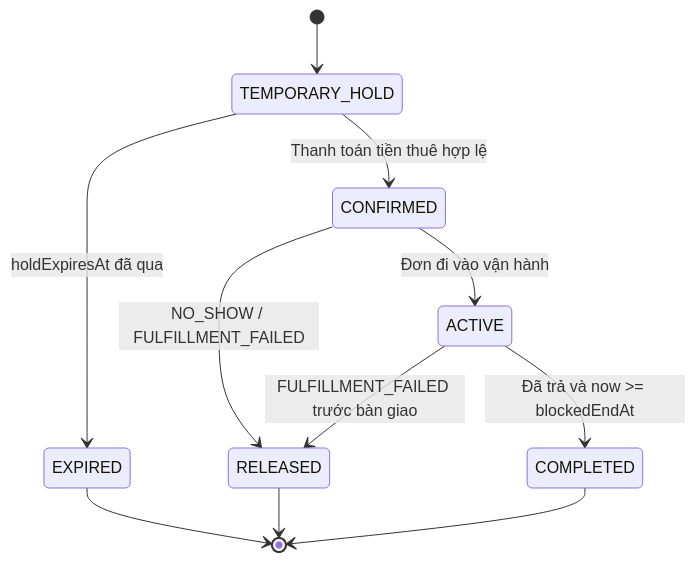
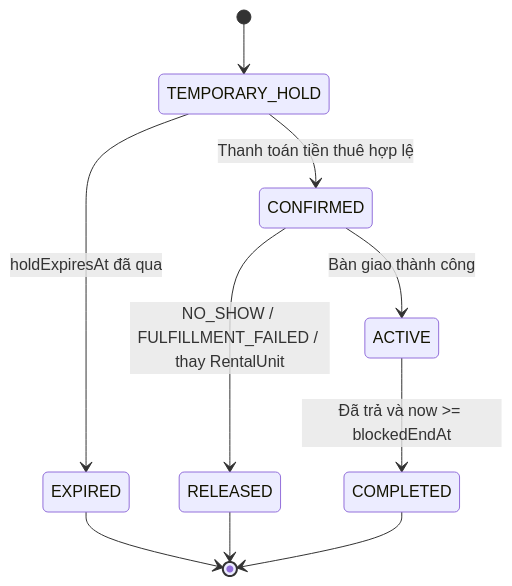
Before and after one commit to ndd-uit/D-Shop: the second of 3 diagrams in docs/business-analysis/05-domain-model/state-models.md, drawn with Mermaid. The commit also changed other lines of this file and 7 other files, not shown here.

Commit message:
docs: align BA diagrams with rental lifecycle

````diff
--- a/docs/business-analysis/05-domain-model/state-models.md
+++ b/docs/business-analysis/05-domain-model/state-models.md
@@ -44,14 +43,13 @@
 ```mermaid
 stateDiagram-v2
     [*] --> TEMPORARY_HOLD
     TEMPORARY_HOLD --> CONFIRMED : Thanh toán tiền thuê hợp lệ
     TEMPORARY_HOLD --> EXPIRED : holdExpiresAt đã qua
-    CONFIRMED --> ACTIVE : Đơn đi vào vận hành
-    CONFIRMED --> RELEASED : NO_SHOW / FULFILLMENT_FAILED
-    ACTIVE --> RELEASED : FULFILLMENT_FAILED trước bàn giao
+    CONFIRMED --> ACTIVE : Bàn giao thành công
+    CONFIRMED --> RELEASED : NO_SHOW / FULFILLMENT_FAILED / thay RentalUnit
     ACTIVE --> COMPLETED : Đã trả và now >= blockedEndAt
 
     EXPIRED --> [*]
     RELEASED --> [*]
     COMPLETED --> [*]
 ```
````
